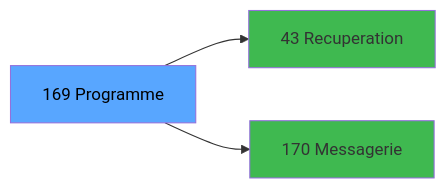
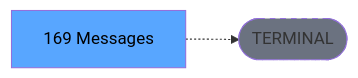
Before and after one commit to thonyAGP/lecteur-magic: the third of 3 diagrams in .openspec/renders/ADH-IDE-169.md, drawn with Mermaid. The commit also changed other lines of this file and 701 other files, not shown here.

````diff
--- a/.openspec/renders/ADH-IDE-169.md
+++ b/.openspec/renders/ADH-IDE-169.md
@@ -159,11 +140,8 @@
 ```mermaid
 graph LR
-    T[169 Programme]
-    C43[43 Recuperation]
-    T --> C43
-    C170[170 Messagerie]
-    T --> C170
+    T[169 Messages]
+    TERM([TERMINAL])
+    T -.-> TERM
+    style TERM fill:#6b7280,stroke-dasharray: 5 5
     style T fill:#58a6ff,color:#000
-    style C43 fill:#3fb950
-    style C170 fill:#3fb950
 ```
````
